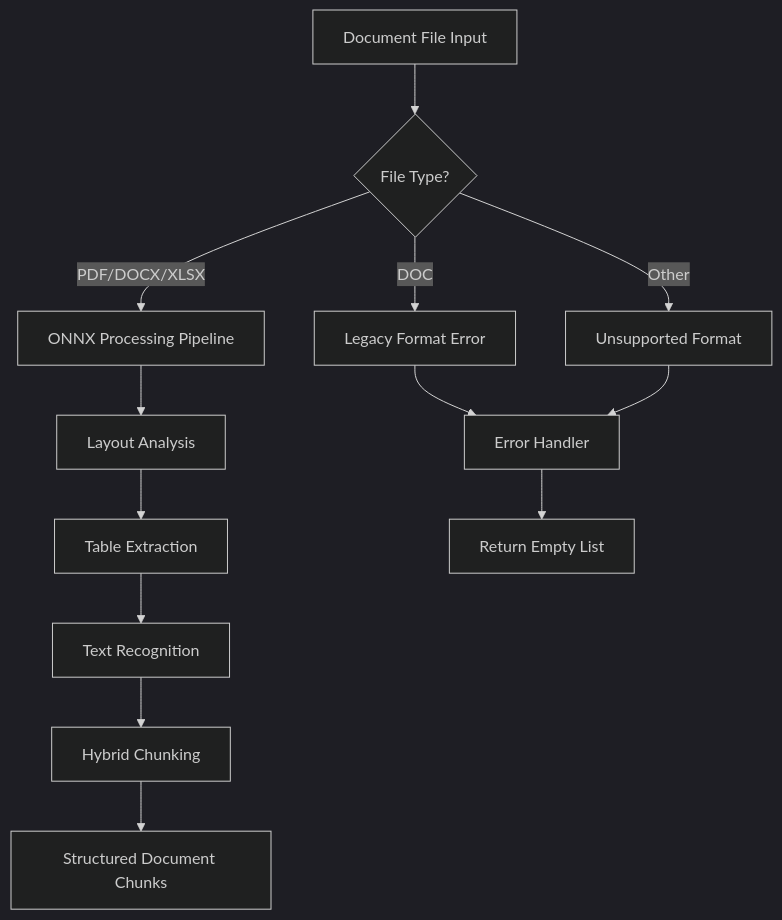
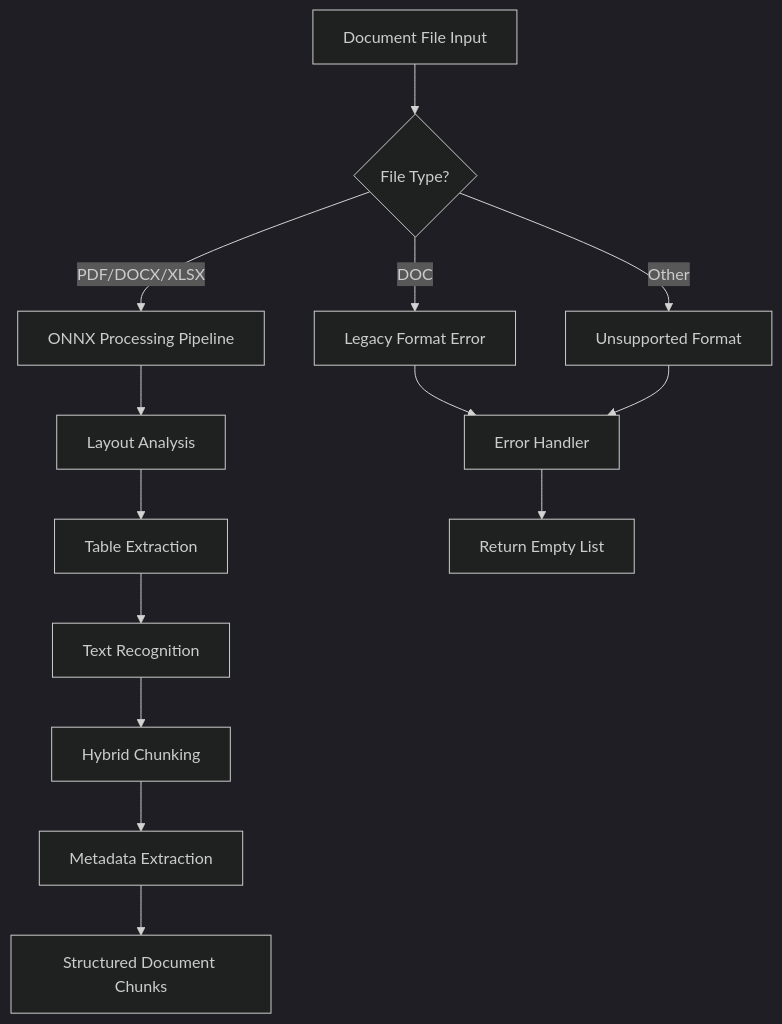
Diagram 19 of 23 in .qoder/repowiki/en/content/Document Management System.md (ognelis/cafetera_hr_bot), drawn with Mermaid (dark theme) before and after one commit. The commit also changed other lines of this file and 13 other files, not shown here.

````diff
--- a/.qoder/repowiki/en/content/Document Management System.md
+++ b/.qoder/repowiki/en/content/Document Management System.md
@@ -540,15 +680,16 @@
 ```mermaid
 flowchart TD
 FileInput["Document File Input"] --> TypeCheck{"File Type?"}
 TypeCheck --> |PDF/DOCX/XLSX| ONNXProcessing["ONNX Processing Pipeline"]
 TypeCheck --> |DOC| LegacyError["Legacy Format Error"]
 TypeCheck --> |Other| UnsupportedError["Unsupported Format"]
 ONNXProcessing --> LayoutAnalysis["Layout Analysis"]
 LayoutAnalysis --> TableExtraction["Table Extraction"]
 TableExtraction --> TextRecognition["Text Recognition"]
 TextRecognition --> HybridChunking["Hybrid Chunking"]
-HybridChunking --> StructuredOutput["Structured Document Chunks"]
+HybridChunking --> MetadataExtraction["Metadata Extraction"]
+MetadataExtraction --> StructuredOutput["Structured Document Chunks"]
 LegacyError --> ErrorHandler["Error Handler"]
 UnsupportedError --> ErrorHandler
 ErrorHandler --> ReturnEmpty["Return Empty List"]
 ```
````
